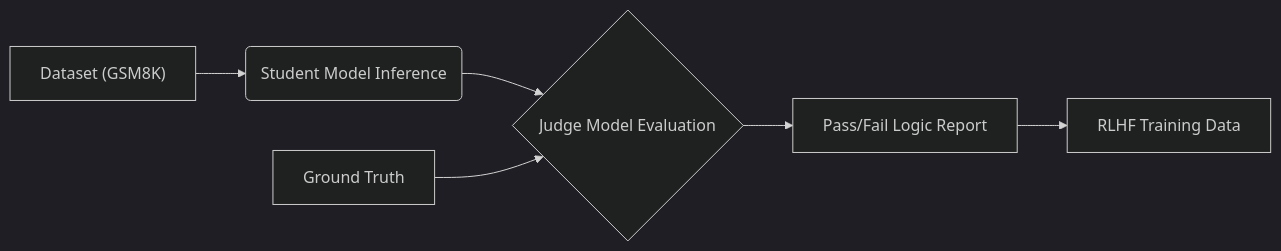
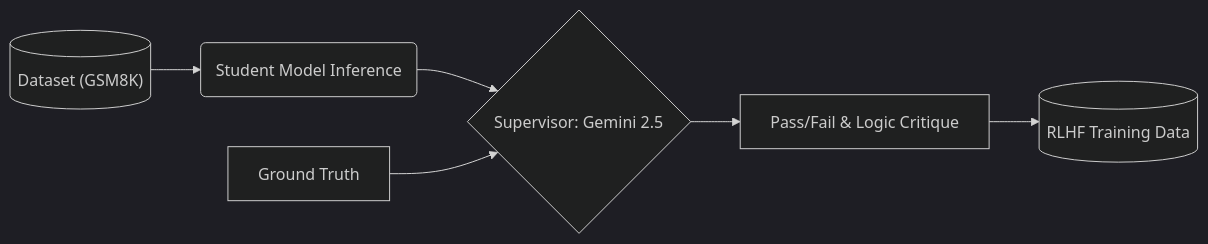
Before and after one commit to Eatosin/ReasonBench: the diagram in README.md, drawn with Mermaid (dark theme). The commit also changed other lines of this file, not shown here.

````diff
--- a/README.md
+++ b/README.md
@@ -37,8 +36,8 @@
 ```mermaid
 graph LR
-    A["Dataset (GSM8K)"] --> B("Student Model Inference")
-    B --> C{"Judge Model Evaluation"}
-    D["Ground Truth"] --> C
-    C --> E["Pass/Fail Logic Report"]
-    E --> F["RLHF Training Data"]
+    A[("Dataset (GSM8K)")] --> B(Student Model Inference)
+    B --> C{Supervisor: Gemini 2.5}
+    D[Ground Truth] --> C
+    C --> E["Pass/Fail & Logic Critique"]
+    E --> F[("RLHF Training Data")]
 ```
````
